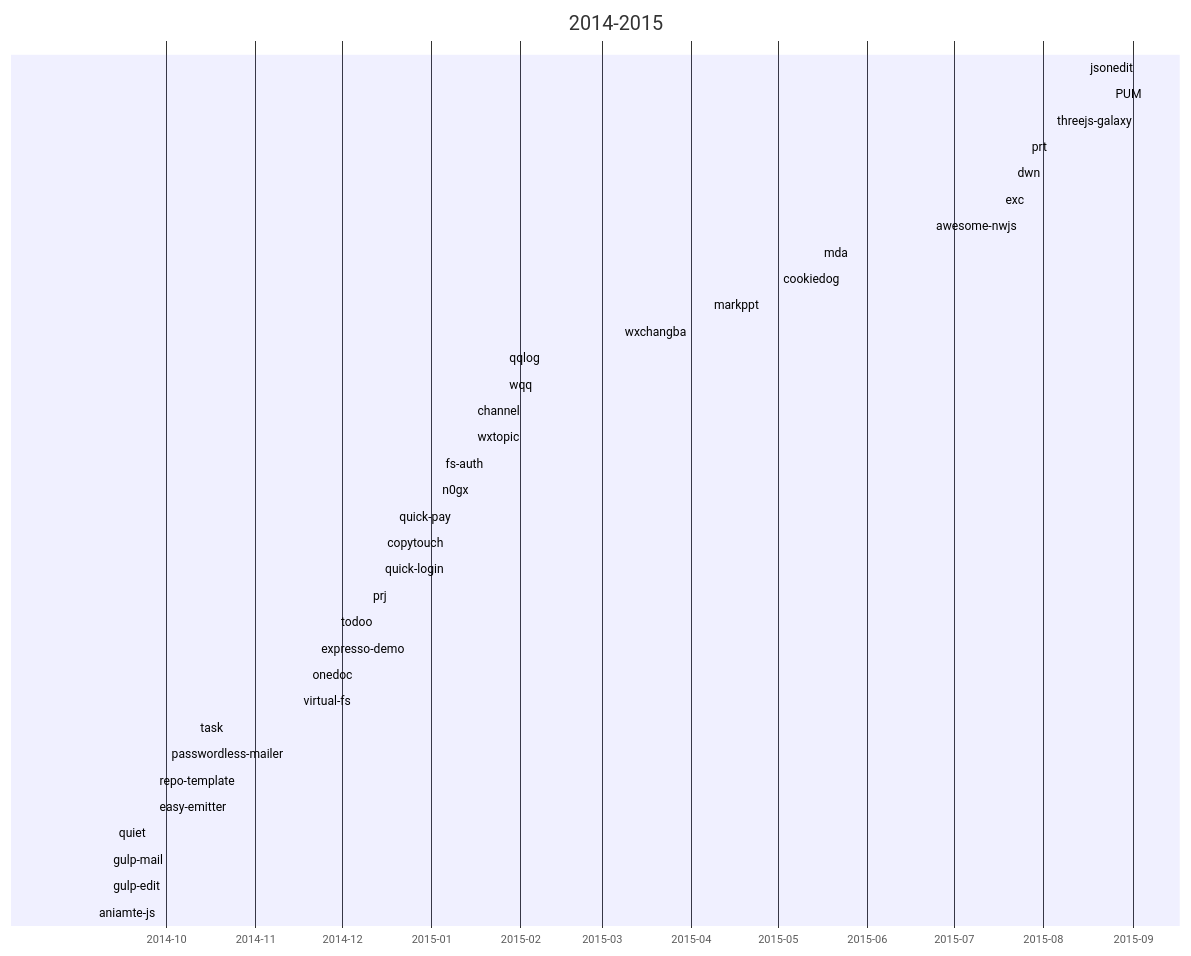
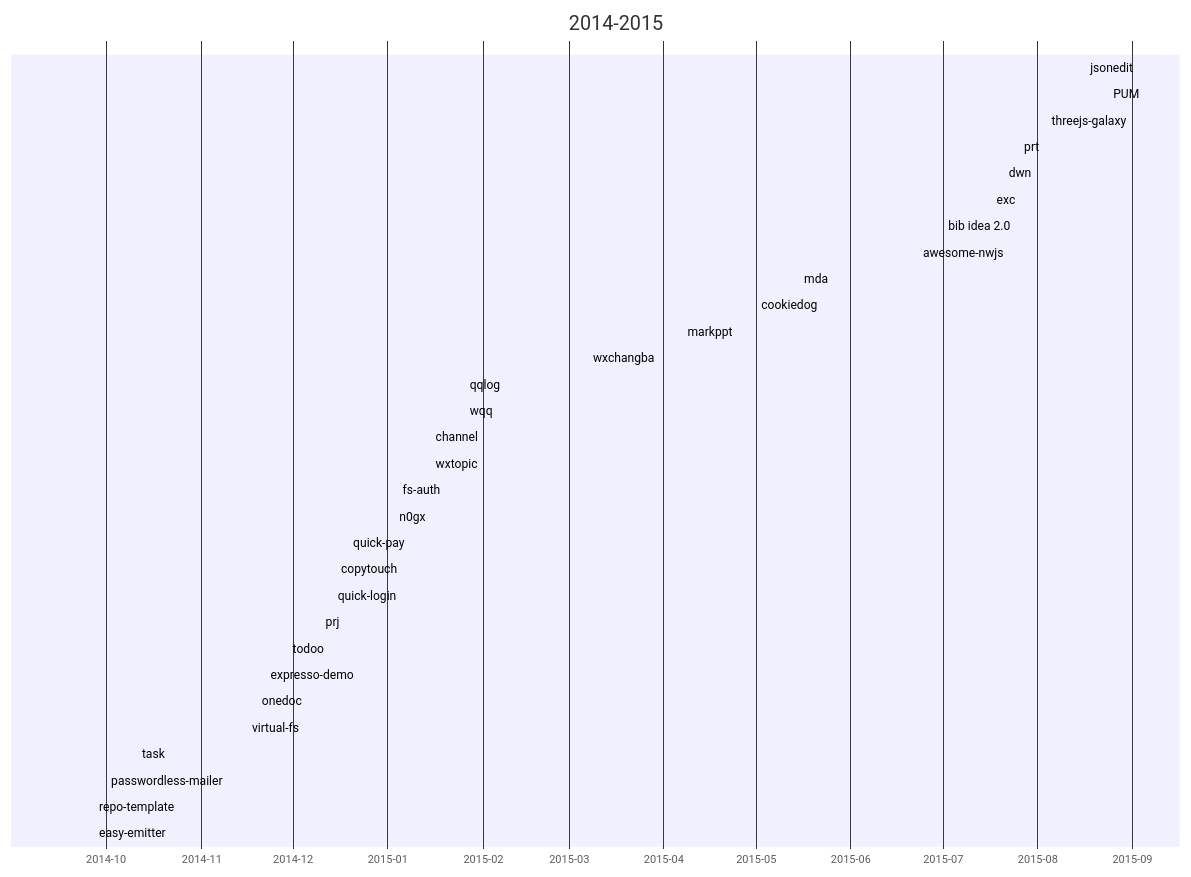
One commit to fritx/silent changed the fourth of 5 diagrams in blog/p/projects/timeline.md. Above: the diagram before and after it, drawn with Mermaid. The commit also changed 8 other files, not shown here.

````diff
--- a/blog/p/projects/timeline.md
+++ b/blog/p/projects/timeline.md
@@ -90,38 +90,35 @@
 ```mermaid
 gantt
   title 2014-2015
   axisFormat  %Y-%m
   jsonedit                  :2015-09-03 , 2015-09-04
   PUM           :2015-08-24 , 2015-09-09
   threejs-galaxy           :2015-08-04 , 2015-08-13
   prt                       :2015-07-26 , 2015-07-27
   dwn                       :2015-07-21 , 2015-07-23
   exc                       :2015-07-17 , 2015-07-19
+  bib idea 2.0              :2015-07-01 , 2015-08-21
   awesome-nwjs        :2015-06-23 , 2015-08-10
   mda                 :2015-05-15 , 2015-05-16
   cookiedog           :2015-05-01 , 2015-05-02
   markppt             :2015-04-07 , 2015-09-01
   wxchangba           :2015-03-07 , 2015-06-07
   qqlog       :2015-01-26 , 2015-09-15
   wqq       :2015-01-26 , 2015-09-15
   channel       :2015-01-15 , 2015-05-03
   wxtopic       :2015-01-15 , 2015-02-03
   fs-auth             :2015-01-04 , 2015-01-06
   n0gx                :2015-01-03 , 2015-02-11
   quick-pay           :2014-12-19 , 2014-12-20
   copytouch           :2014-12-15 , 2015-01-06
   quick-login         :2014-12-14 , 2014-12-15
   prj                 :2014-12-10 , 2014-12-17
   todoo               :2014-11-29 , 2014-11-30
   expresso-demo       :2014-11-22 , 2014-11-23
   onedoc              :2014-11-19 , 2014-11-21
   virtual-fs          :2014-11-16 , 2014-11-17
   task                :2014-10-11 , 2014-10-12
   passwordless-mailer :2014-10-01 , 2014-10-02
   repo-template       :2014-09-27 , 2014-10-31
   easy-emitter        :2014-09-27 , 2014-10-24
-  quiet               :2014-09-13 , 2014-09-15
-  gulp-mail           :2014-09-11 , 2014-09-12
-  gulp-edit           :2014-09-11 , 2014-09-12
-  aniamte-js          :2014-09-06 , 2014-09-11
 ```
````
